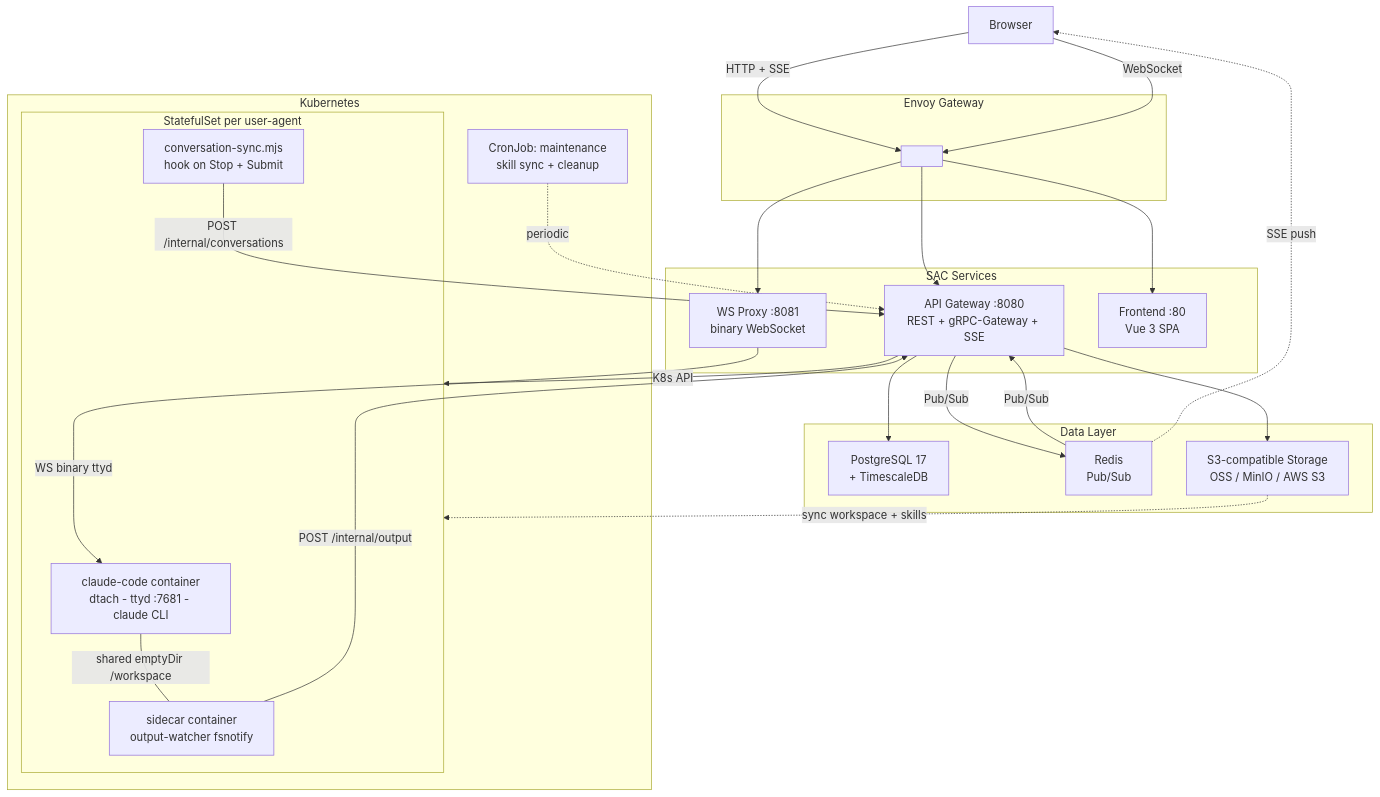
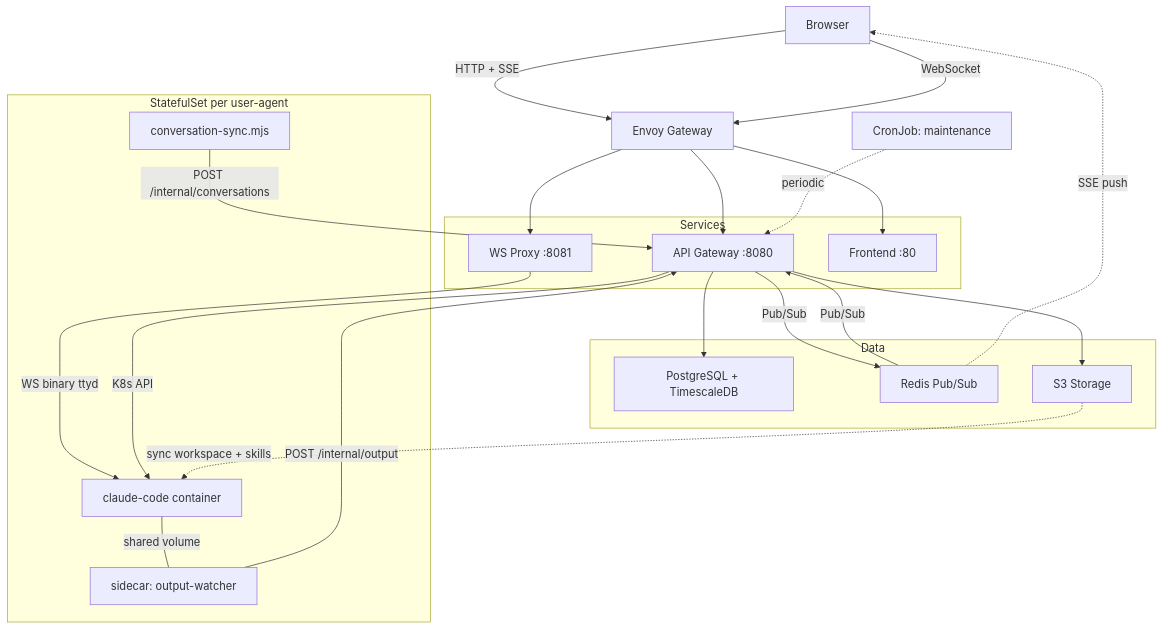
The first of 2 diagrams in README.md (aireet/sac), drawn with Mermaid before and after one commit. The commit also changed other lines of this file and 1 other file, not shown here.

Commit message:
fix(docs): simplify mermaid syntax for GitLab 9.1.3 compat
Remove nested subgraphs, quoted labels, br tags, and empty
placeholder nodes that cause parse errors on mermaid 9.1.3.

````diff
--- a/README.md
+++ b/README.md
@@ -28,50 +28,47 @@
 ```mermaid
 graph TB
-    Browser["Browser"]
+    Browser[Browser]
 
-    subgraph Gateway["Envoy Gateway"]
-        GW[" "]
+    GW[Envoy Gateway]
+
+    subgraph Services
+        API[API Gateway :8080]
+        WS[WS Proxy :8081]
+        FE[Frontend :80]
     end
 
-    subgraph Services["SAC Services"]
-        API["API Gateway :8080<br/>REST + gRPC-Gateway + SSE"]
-        WS["WS Proxy :8081<br/>binary WebSocket"]
-        FE["Frontend :80<br/>Vue 3 SPA"]
+    subgraph Data
+        PG[PostgreSQL + TimescaleDB]
+        Redis[Redis Pub/Sub]
+        S3[S3 Storage]
     end
 
-    subgraph Data["Data Layer"]
-        PG["PostgreSQL 17<br/>+ TimescaleDB"]
-        Redis["Redis<br/>Pub/Sub"]
-        S3["S3-compatible Storage<br/>OSS / MinIO / AWS S3"]
+    subgraph AgentPod[StatefulSet per user-agent]
+        Main[claude-code container]
+        Sidecar[sidecar: output-watcher]
+        Hook[conversation-sync.mjs]
     end
 
-    subgraph K8s["Kubernetes"]
-        subgraph Pod["StatefulSet per user-agent"]
-            Main["claude-code container<br/>dtach - ttyd :7681 - claude CLI"]
-            Sidecar["sidecar container<br/>output-watcher fsnotify"]
-            Hook["conversation-sync.mjs<br/>hook on Stop + Submit"]
-        end
-        Cron["CronJob: maintenance<br/>skill sync + cleanup"]
-    end
+    Cron[CronJob: maintenance]
 
-    Browser -->|"HTTP + SSE"| GW
-    Browser -->|"WebSocket"| GW
+    Browser -->|HTTP + SSE| GW
+    Browser -->|WebSocket| GW
     GW --> FE
     GW --> API
     GW --> WS
 
-    WS -->|"WS binary ttyd"| Main
-    API -->|"K8s API"| Pod
+    WS -->|WS binary ttyd| Main
+    API -->|K8s API| Main
     API --> PG
     API --> S3
-    API -->|"Pub/Sub"| Redis
-    Redis -->|"Pub/Sub"| API
+    API -->|Pub/Sub| Redis
+    Redis -->|Pub/Sub| API
 
-    Sidecar -->|"POST /internal/output"| API
-    Hook -->|"POST /internal/conversations"| API
-    Main ---|"shared emptyDir /workspace"| Sidecar
+    Sidecar -->|POST /internal/output| API
+    Hook -->|POST /internal/conversations| API
+    Main ---|shared volume| Sidecar
 
-    S3 -.->|"sync workspace + skills"| Pod
-    Redis -.->|"SSE push"| Browser
-    Cron -.->|"periodic"| API
+    S3 -.->|sync workspace + skills| Main
+    Redis -.->|SSE push| Browser
+    Cron -.->|periodic| API
 ```
````
